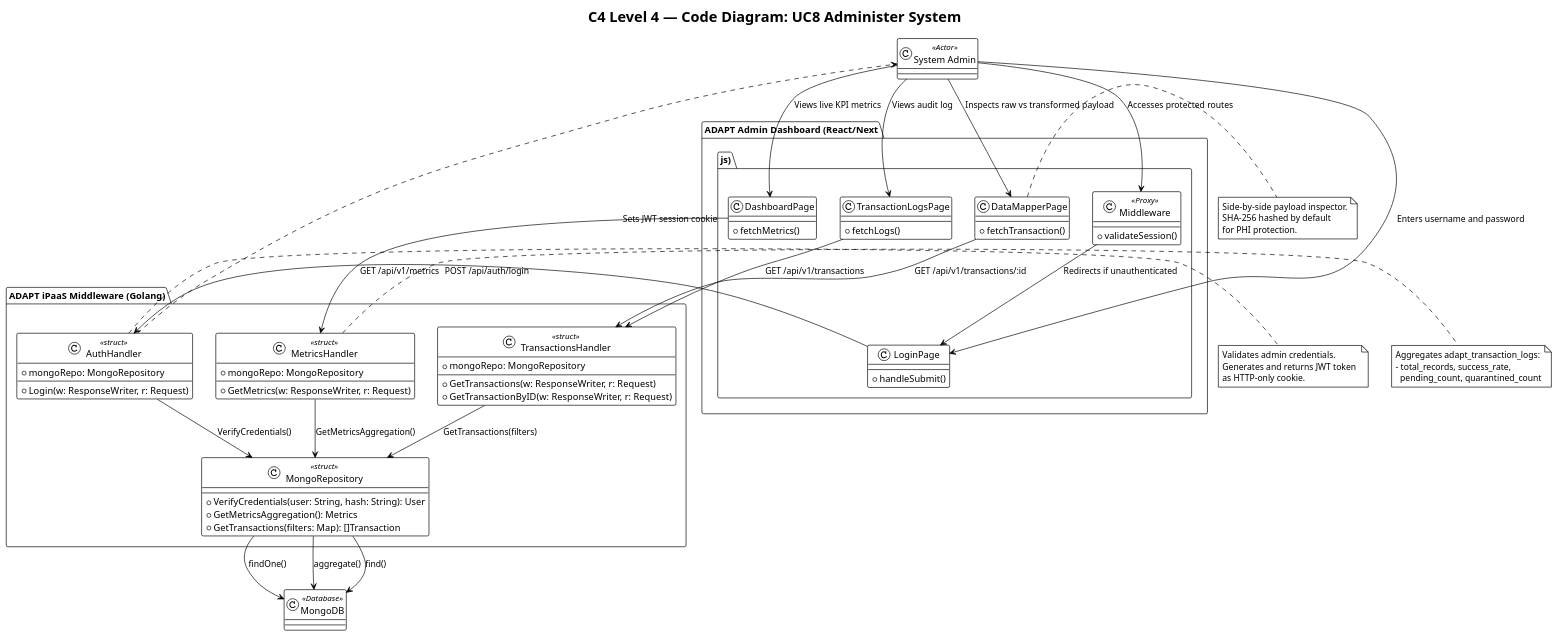
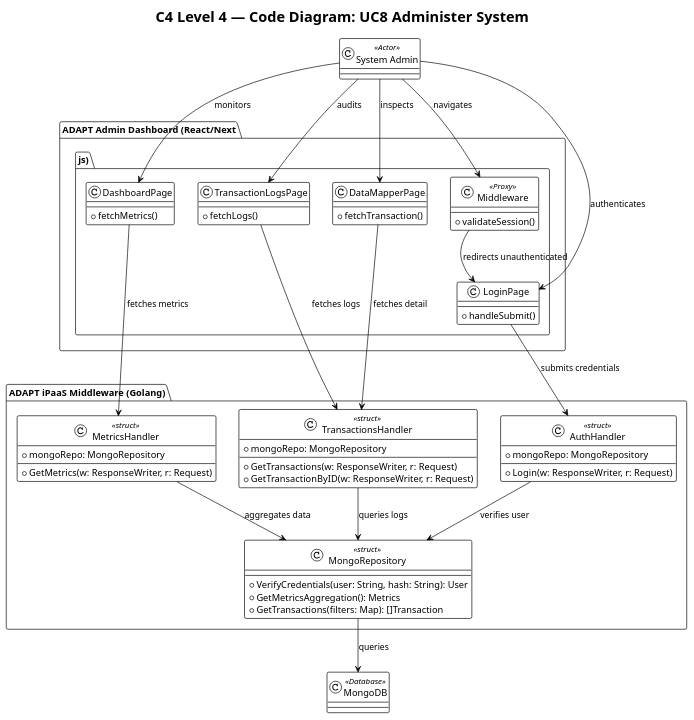
Before and after one commit to Vince0028/WAH4PCE-MERGE-CONFLICT: the diagram in diagrams/c4_diagram/code_diagram/uc8_administer_system.puml, drawn with PlantUML. The commit also changed 10 other files, not shown here.

```diff
--- a/diagrams/c4_diagram/code_diagram/uc8_administer_system.puml
+++ b/diagrams/c4_diagram/code_diagram/uc8_administer_system.puml
@@ -1,88 +1,67 @@
 @startuml UC8_Administer_System
 !theme plain
 title C4 Level 4 — Code Diagram: UC8 Administer System
 
 class "System Admin" as Admin <<Actor>>
 
 package "ADAPT Admin Dashboard (React/Next.js)" {
     class Middleware <<Proxy>> {
         + validateSession()
     }
     class LoginPage {
         + handleSubmit()
     }
     class DashboardPage {
         + fetchMetrics()
     }
     class TransactionLogsPage {
         + fetchLogs()
     }
     class DataMapperPage {
         + fetchTransaction()
     }
 }
 
 package "ADAPT iPaaS Middleware (Golang)" {
     class AuthHandler <<struct>> {
         + mongoRepo: MongoRepository
         + Login(w: ResponseWriter, r: Request)
     }
     class MetricsHandler <<struct>> {
         + mongoRepo: MongoRepository
         + GetMetrics(w: ResponseWriter, r: Request)
     }
     class TransactionsHandler <<struct>> {
         + mongoRepo: MongoRepository
         + GetTransactions(w: ResponseWriter, r: Request)
         + GetTransactionByID(w: ResponseWriter, r: Request)
     }
     class MongoRepository <<struct>> {
         + VerifyCredentials(user: String, hash: String): User
         + GetMetricsAggregation(): Metrics
         + GetTransactions(filters: Map): []Transaction
     }
 }
 
 class "MongoDB" as MongoDB <<Database>>
 
-Admin --> LoginPage : Enters username and password
-LoginPage --> AuthHandler : POST /api/auth/login
-AuthHandler --> MongoRepository : VerifyCredentials()
-MongoRepository --> MongoDB : findOne()
-AuthHandler ..> Admin : Sets JWT session cookie
+Admin --> LoginPage : authenticates
+LoginPage --> AuthHandler : submits credentials
+AuthHandler --> MongoRepository : verifies user
+MongoRepository --> MongoDB : queries
 
-Admin --> Middleware : Accesses protected routes
-Middleware --> LoginPage : Redirects if unauthenticated
+Admin --> Middleware : navigates
+Middleware --> LoginPage : redirects unauthenticated
 
-Admin --> DashboardPage : Views live KPI metrics
-DashboardPage --> MetricsHandler : GET /api/v1/metrics
-MetricsHandler --> MongoRepository : GetMetricsAggregation()
-MongoRepository --> MongoDB : aggregate()
+Admin --> DashboardPage : monitors
+DashboardPage --> MetricsHandler : fetches metrics
+MetricsHandler --> MongoRepository : aggregates data
 
-Admin --> TransactionLogsPage : Views audit log
-TransactionLogsPage --> TransactionsHandler : GET /api/v1/transactions
-TransactionsHandler --> MongoRepository : GetTransactions(filters)
-MongoRepository --> MongoDB : find()
+Admin --> TransactionLogsPage : audits
+TransactionLogsPage --> TransactionsHandler : fetches logs
+TransactionsHandler --> MongoRepository : queries logs
 
-Admin --> DataMapperPage : Inspects raw vs transformed payload
-DataMapperPage --> TransactionsHandler : GET /api/v1/transactions/:id
-
-note right of AuthHandler
-  Validates admin credentials.
-  Generates and returns JWT token 
-  as HTTP-only cookie.
-end note
-
-note right of MetricsHandler
-  Aggregates adapt_transaction_logs:
-  - total_records, success_rate, 
-    pending_count, quarantined_count
-end note
-
-note right of DataMapperPage
-  Side-by-side payload inspector.
-  SHA-256 hashed by default 
-  for PHI protection.
-end note
+Admin --> DataMapperPage : inspects
+DataMapperPage --> TransactionsHandler : fetches detail
 
 @enduml
```
